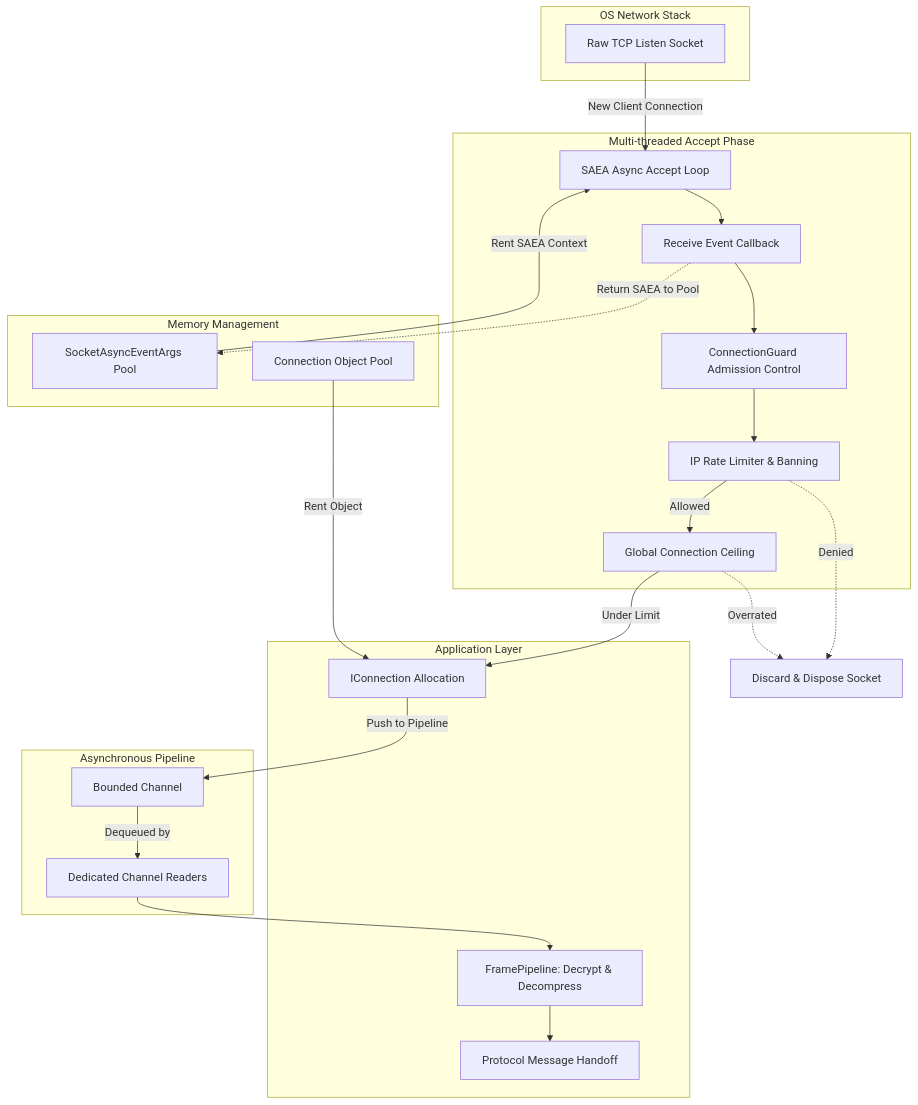
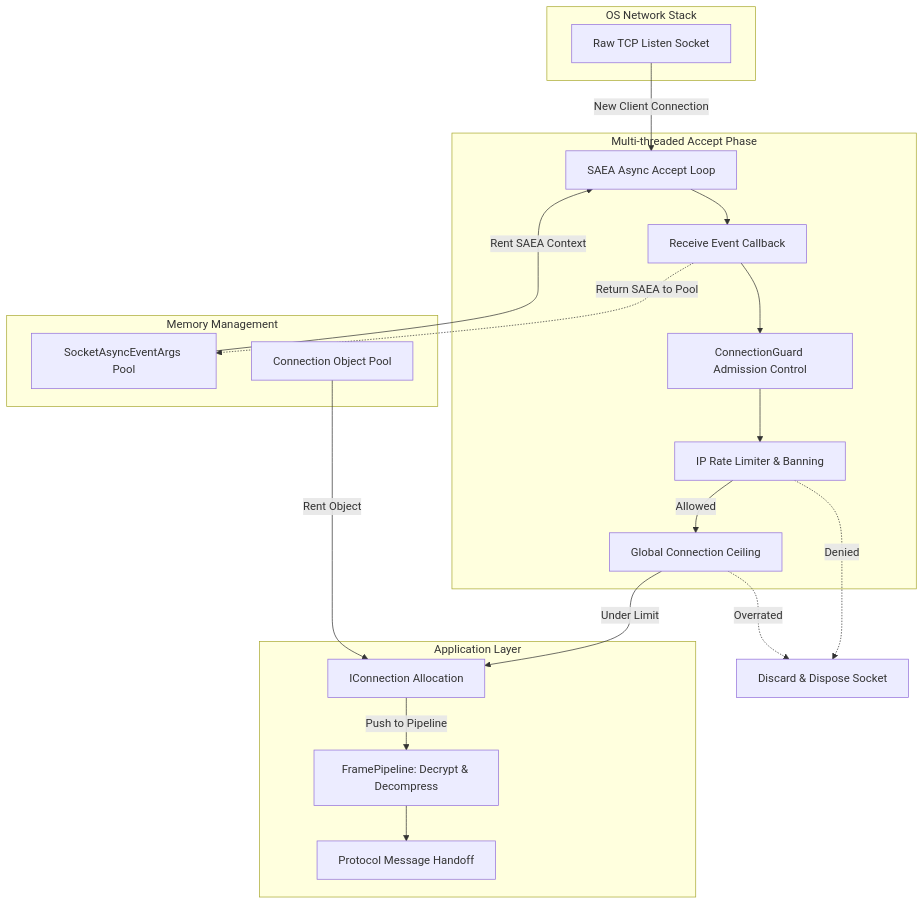
One commit to ppn-systems/Nalix changed the diagram in docs/api/network/tcp-listener.md. Above: the diagram before and after it, drawn with Mermaid. The commit also changed other lines of this file and 101 other files, not shown here.

````diff
--- a/docs/api/network/tcp-listener.md
+++ b/docs/api/network/tcp-listener.md
@@ -14,49 +22,41 @@
 ```mermaid
 flowchart TD
     subgraph OS[OS Network Stack]
         Raw[Raw TCP Listen Socket]
     end
 
     subgraph Pools[Memory Management]
         SAEA[SocketAsyncEventArgs Pool]
         Leases[Connection Object Pool]
     end
 
     subgraph AcceptPhase[Multi-threaded Accept Phase]
         Loop[SAEA Async Accept Loop]
         Callback[Receive Event Callback]
         Guard[ConnectionGuard Admission Control]
         GuardIP[IP Rate Limiter & Banning]
         GuardCount[Global Connection Ceiling]
-    end
-
-    subgraph ChannelPhase[Asynchronous Pipeline]
-        BoundedQueue[Bounded Channel]
-        Workers[Dedicated Channel Readers]
     end
 
     subgraph ApplicationPhase[Application Layer]
         Init[IConnection Allocation]
         BufferPipe[FramePipeline: Decrypt & Decompress]
         Protocol[Protocol Message Handoff]
     end
 
     Raw -->|New Client Connection| Loop
     SAEA -->|Rent SAEA Context| Loop
     Loop --> Callback
     Callback -.->|Return SAEA to Pool| SAEA
     
     Callback --> Guard
     Guard --> GuardIP
     GuardIP -->|Allowed| GuardCount
     GuardIP -.->|Denied| Drop[Discard & Dispose Socket]
     GuardCount -->|Under Limit| Init
     GuardCount -.->|Overrated| Drop
     
     Leases -->|Rent Object| Init
-    Init -->|Push to Pipeline| BoundedQueue
-    
-    BoundedQueue -->|Dequeued by| Workers
-    Workers --> BufferPipe
+    Init -->|Push to Pipeline| BufferPipe
     BufferPipe --> Protocol
 ```
````
